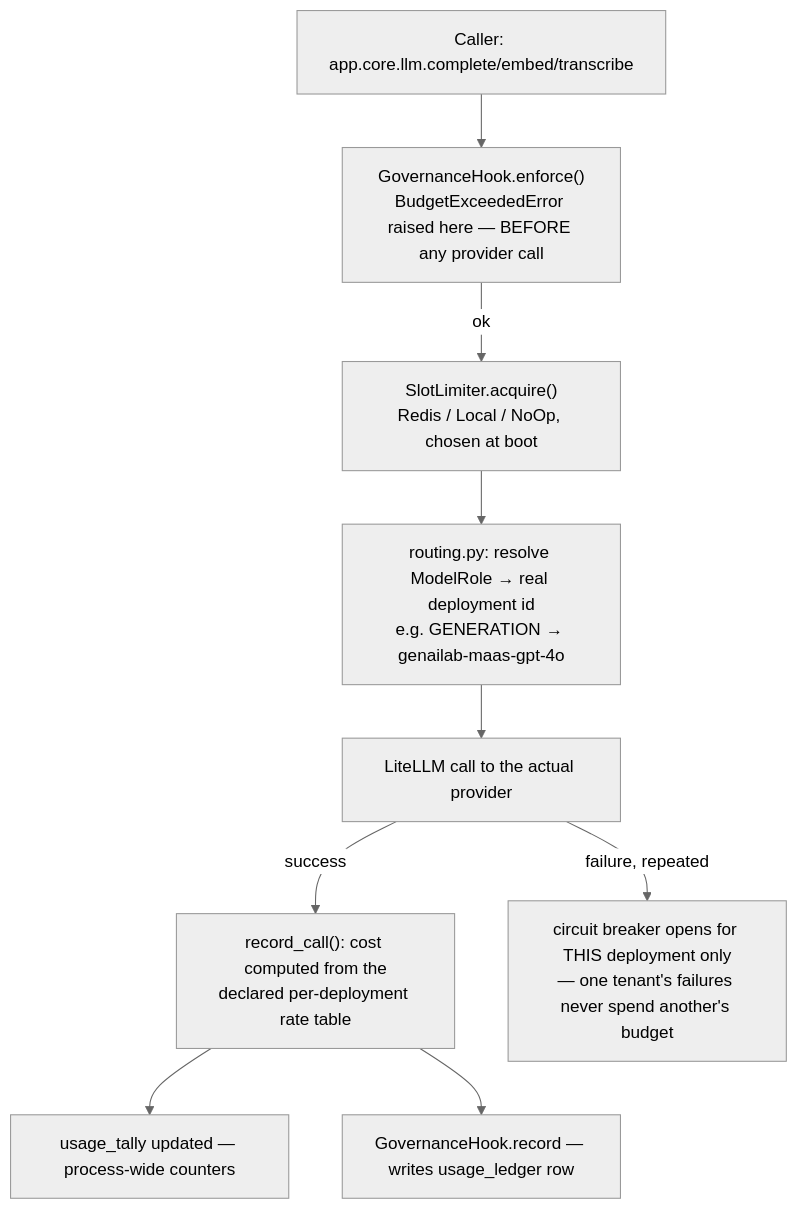
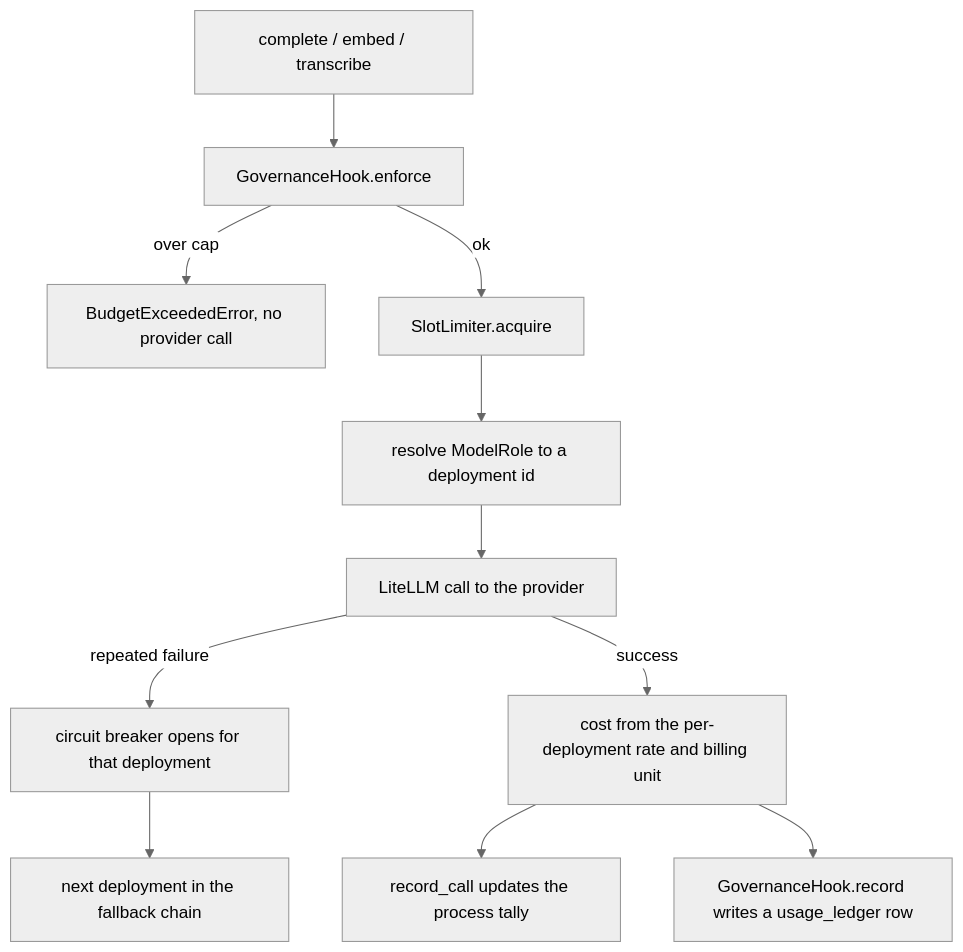
One commit to yrevash/aegis changed the diagram in docs/teaching/gateway.md. Above: the diagram before and after it, drawn with Mermaid (neutral theme). The commit also changed other lines of this file and 29 other files, not shown here.

````diff
--- a/docs/teaching/gateway.md
+++ b/docs/teaching/gateway.md
@@ -26,11 +24,13 @@
 ```mermaid
 flowchart TD
-    A[Caller: app.core.llm.complete/embed/transcribe] --> B["GovernanceHook.enforce()<br/>BudgetExceededError raised here — BEFORE any provider call"]
-    B -->|ok| C["SlotLimiter.acquire()<br/>Redis / Local / NoOp, chosen at boot"]
-    C --> D["routing.py: resolve ModelRole → real deployment id<br/>e.g. GENERATION → genailab-maas-gpt-4o"]
-    D --> E[LiteLLM call to the actual provider]
-    E -->|success| F["record_call(): cost computed from the<br/>declared per-deployment rate table"]
-    E -->|failure, repeated| G["circuit breaker opens for THIS deployment only<br/>— one tenant's failures never spend another's budget"]
-    F --> H[usage_tally updated — process-wide counters]
-    F --> I[GovernanceHook.record — writes usage_ledger row]
+    A[complete / embed / transcribe] --> B["GovernanceHook.enforce"]
+    B -->|over cap| X[BudgetExceededError, no provider call]
+    B -->|ok| C["SlotLimiter.acquire"]
+    C --> D[resolve ModelRole to a deployment id]
+    D --> E[LiteLLM call to the provider]
+    E -->|repeated failure| F[circuit breaker opens for that deployment]
+    F --> G[next deployment in the fallback chain]
+    E -->|success| H[cost from the per-deployment rate and billing unit]
+    H --> I[record_call updates the process tally]
+    H --> J["GovernanceHook.record writes a usage_ledger row"]
 ```
````
